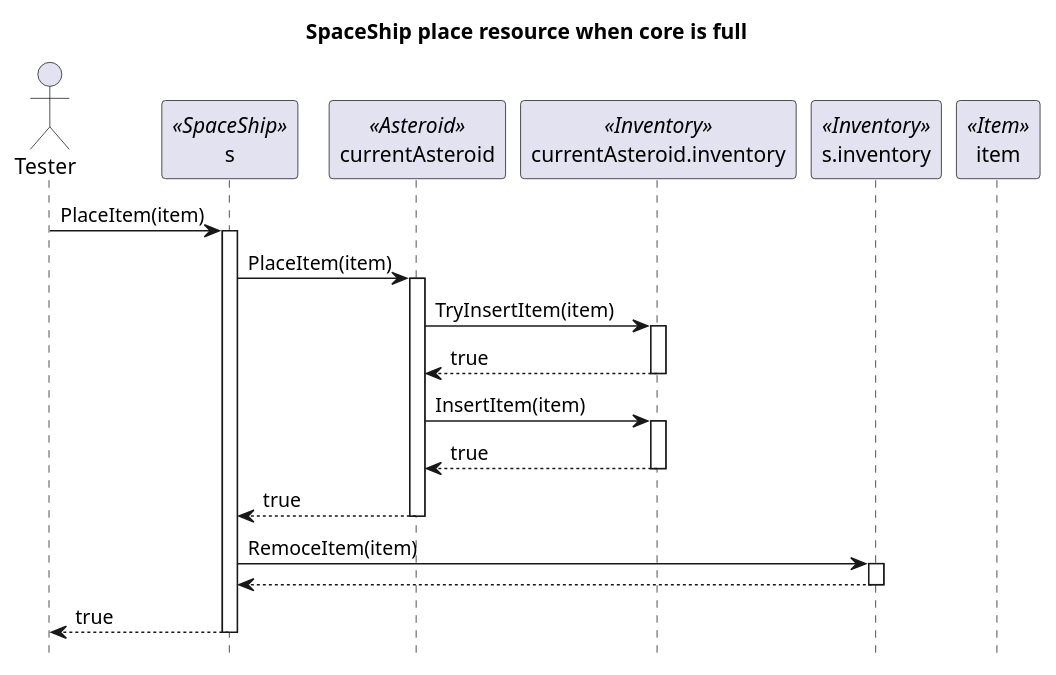
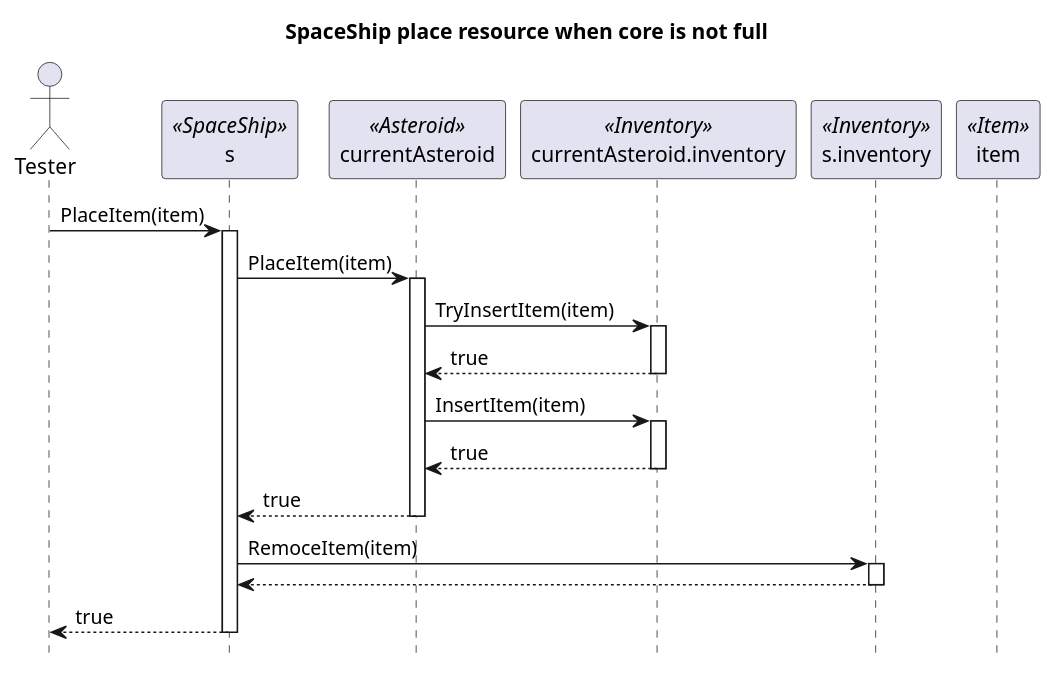
The diagram in docs/Skeleton/diagrams/Place-Resource/placeResource5.puml (viseguard-studios/Documentation), drawn with PlantUML before and after one commit.

```diff
--- a/docs/Skeleton/diagrams/Place-Resource/placeResource5.puml
+++ b/docs/Skeleton/diagrams/Place-Resource/placeResource5.puml
@@ -1,34 +1,34 @@
 @startuml
 hide footbox
-title SpaceShip place resource when core is full
+title SpaceShip place resource when core is not full
 
 actor Tester as Tester
 
 participant s as s <<SpaceShip>>
 participant currentAsteroid as currentAsteroid <<Asteroid>>
 participant currentAsteroid.inventory as currentAsteroid.inventory <<Inventory>>
 participant s.inventory as s.inventory <<Inventory>>
 participant item as item <<Item>>
 
 Tester -> s : PlaceItem(item)
 activate s
 
 s -> currentAsteroid ++: PlaceItem(item)
 
 currentAsteroid -> currentAsteroid.inventory ++: TryInsertItem(item)
 
 currentAsteroid.inventory --> currentAsteroid --: true
 
 currentAsteroid -> currentAsteroid.inventory ++: InsertItem(item)
 
 currentAsteroid.inventory --> currentAsteroid --: true
 
 currentAsteroid --> s --: true
 
 s -> s.inventory ++: RemoceItem(item)
 
 s.inventory --> s --
 
 s--> Tester : true
 deactivate s
 @enduml
```
